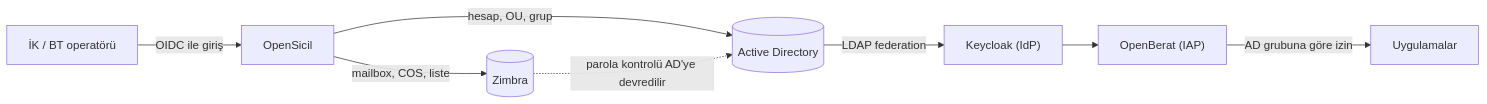
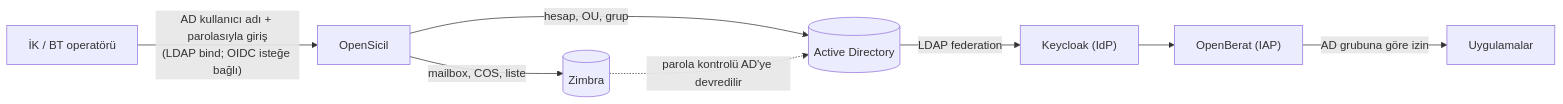
One commit to murat-akpinar/OpenSicil changed the first of 5 diagrams in README.md. Above: the diagram before and after it, drawn with Mermaid. The commit also changed other lines of this file and 10 other files, not shown here.

````diff
--- a/README.md
+++ b/README.md
@@ -38,10 +38,10 @@
 ```mermaid
 flowchart LR
-    ik["İK / BT operatörü"] -->|"OIDC ile giriş"| opensicil["OpenSicil"]
+    ik["İK / BT operatörü"] -->|"AD kullanıcı adı + parolasıyla giriş<br/>(LDAP bind; OIDC isteğe bağlı)"| opensicil["OpenSicil"]
     opensicil -->|"hesap, OU, grup"| ad[("Active Directory")]
     opensicil -->|"mailbox, COS, liste"| zimbra[("Zimbra")]
     ad -->|"LDAP federation"| idp["Keycloak (IdP)"]
     zimbra -.->|"parola kontrolü AD'ye devredilir"| ad
     idp --> iap["OpenBerat (IAP)"]
     iap -->|"AD grubuna göre izin"| apps["Uygulamalar"]
 ```
````
